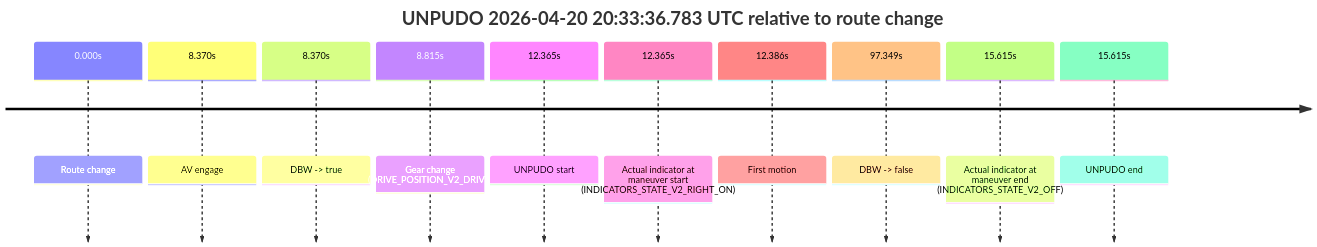
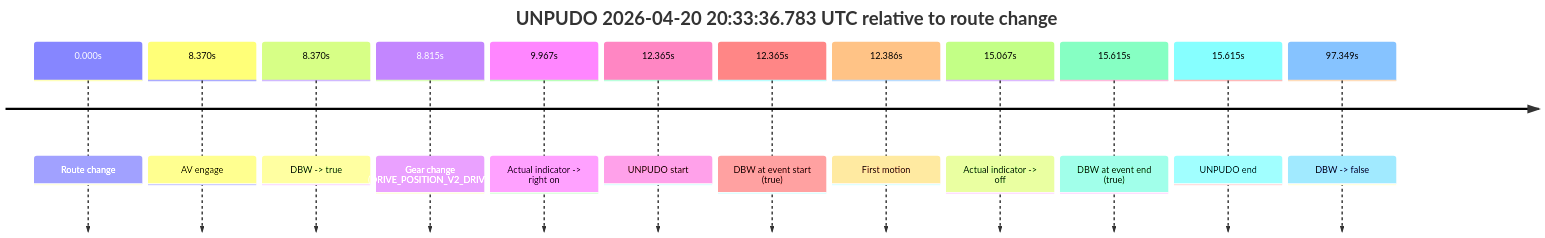
One commit to yoelshapiro/vault changed the third of 13 diagrams in model_analysis/report_cards/2026/04/Week-4/fme20038--2026-04-20--20-14-14--gen2-av-64bfb241-2a77-49b3-9a73-b3fb4cc1406d.md. Above: the diagram before and after it, drawn with Mermaid. The commit also changed other lines of this file and 85 other files, not shown here.

````diff
--- a/model_analysis/report_cards/2026/04/Week-4/fme20038--2026-04-20--20-14-14--gen2-av-64bfb241-2a77-49b3-9a73-b3fb4cc1406d.md
+++ b/model_analysis/report_cards/2026/04/Week-4/fme20038--2026-04-20--20-14-14--gen2-av-64bfb241-2a77-49b3-9a73-b3fb4cc1406d.md
@@ -215,14 +231,16 @@
 ```mermaid
 timeline
     title UNPUDO 2026-04-20 20:33:36.783 UTC relative to route change
     0.000s : Route change
     8.370s : AV engage
     8.370s : DBW -> true
     8.815s : Gear change (DRIVE_POSITION_V2_DRIVE)
+    9.967s : Actual indicator -> right on
     12.365s : UNPUDO start
-    12.365s : Actual indicator at maneuver start (INDICATORS_STATE_V2_RIGHT_ON)
+    12.365s : DBW at event start (true)
     12.386s : First motion
+    15.067s : Actual indicator -> off
+    15.615s : DBW at event end (true)
+    15.615s : UNPUDO end
     97.349s : DBW -> false
-    15.615s : Actual indicator at maneuver end (INDICATORS_STATE_V2_OFF)
-    15.615s : UNPUDO end
 ```
````
